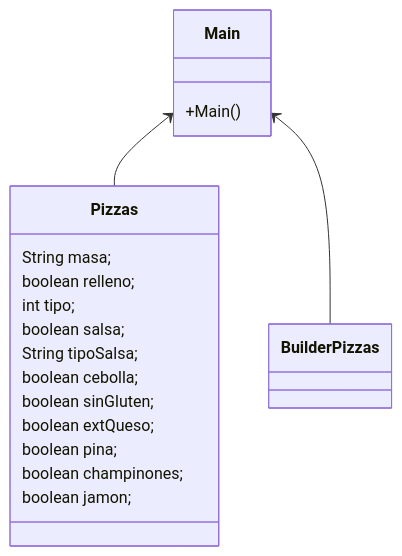
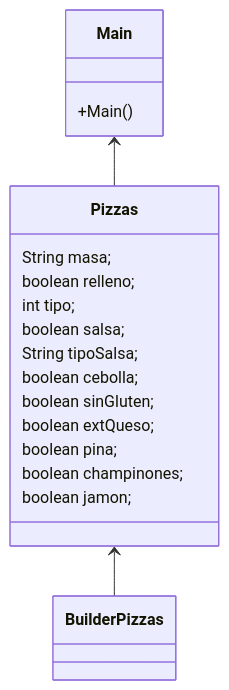
One commit to PachecoASIR/PatronBuilder changed the first of 2 diagrams in README.md. Above: the diagram before and after it, drawn with Mermaid. The commit also changed other lines of this file, not shown here.

````diff
--- a/README.md
+++ b/README.md
@@ -9,27 +10,27 @@
 ```mermaid
 classDiagram
 
     class Main{
     +Main()
     }
     
     class Pizzas{
     String masa;
     boolean relleno;
     int tipo;
     boolean salsa;
     String tipoSalsa;
     boolean cebolla;
     boolean sinGluten;
     boolean extQueso;
     boolean pina;
     boolean champinones;
     boolean jamon;
     }
     
     class BuilderPizzas{
     }
       
      Main <-- Pizzas
-     Main <-- BuilderPizzas
+     Pizzas <-- BuilderPizzas
 ```
````
